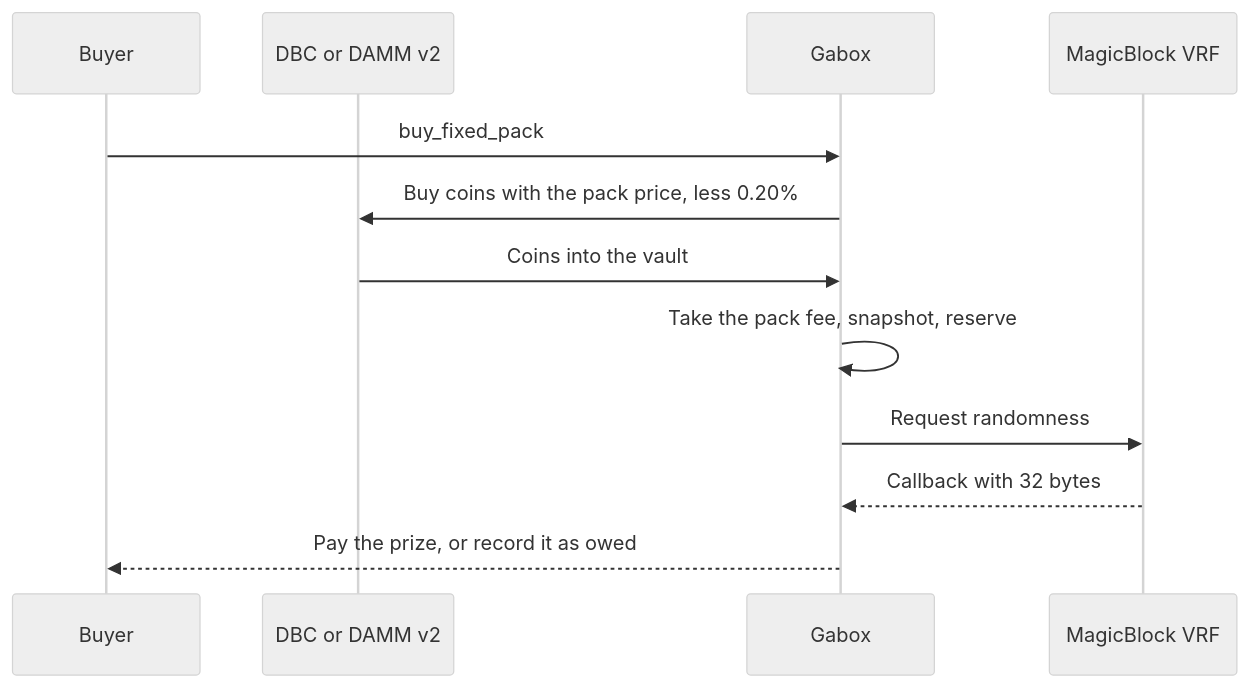
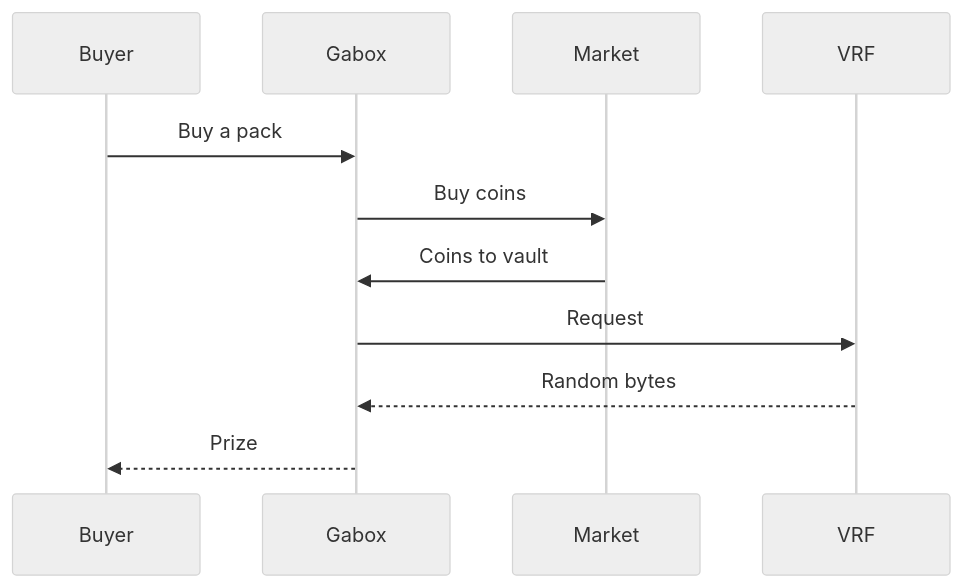
The diagram in opening-a-pack.mdx (gabox-labs/docs), drawn with Mermaid (neutral theme) before and after one commit. The commit also changed other lines of this file and 20 other files, not shown here.

First line of the commit message:
Fix dollar rendering, simplify diagrams, and trim security detail

````diff
--- a/opening-a-pack.mdx
+++ b/opening-a-pack.mdx
@@ -47,14 +41,13 @@
 ```mermaid
 sequenceDiagram
  participant B as Buyer
- participant M as DBC or DAMM v2
  participant G as Gabox
- participant V as MagicBlock VRF
- B->>G: buy_fixed_pack
- G->>M: Buy coins with the pack price, less 0.20%
- M->>G: Coins into the vault
- G->>G: Take the pack fee, snapshot, reserve
- G->>V: Request randomness
- V-->>G: Callback with 32 bytes
- G-->>B: Pay the prize, or record it as owed
+ participant M as Market
+ participant V as VRF
+ B->>G: Buy a pack
+ G->>M: Buy coins
+ M->>G: Coins to vault
+ G->>V: Request
+ V-->>G: Random bytes
+ G-->>B: Prize
 ```
````
